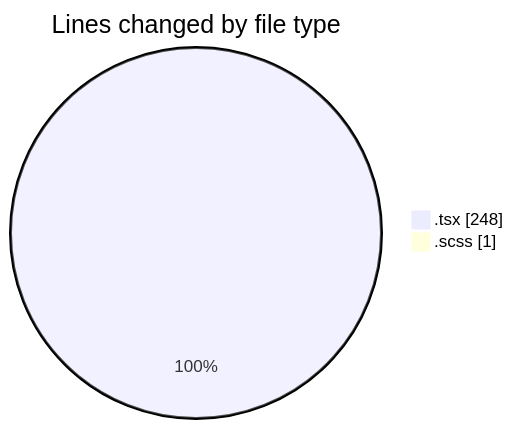
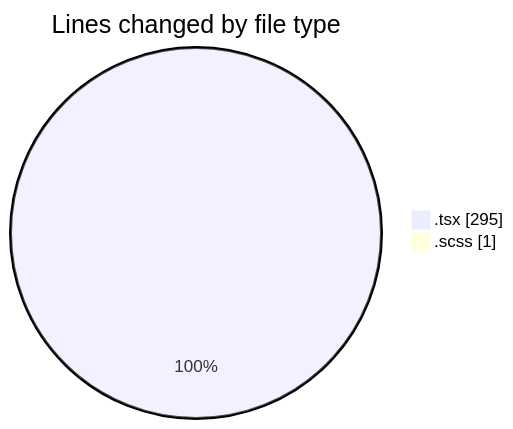
Before and after one commit to momahboobian/code-tracking: the first of 2 diagrams in 2025-03-19/cda/README.md, drawn with Mermaid. The commit also changed other lines of this file and 1 other file, not shown here.

````diff
--- a/2025-03-19/cda/README.md
+++ b/2025-03-19/cda/README.md
@@ -23,6 +23,6 @@
 ```mermaid
 pie showData
 title Lines changed by file type
-".tsx" : 248
+".tsx" : 295
 ".scss" : 1
 ```
````
